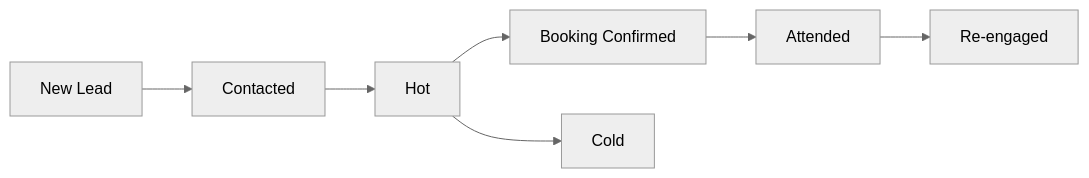
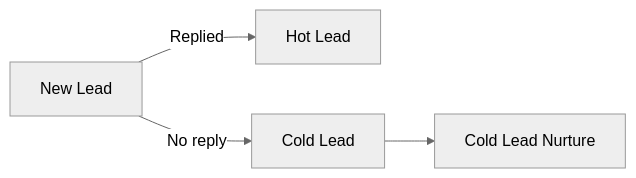
Before and after one commit to khaledabdelaziz1330-dot/Khaled-AI-Automation-Portfolio: the second of 4 diagrams in holistic-wellness-club/architecture.md, drawn with Mermaid (neutral theme). The commit also changed other lines of this file and 50 other files, not shown here.

````diff
--- a/holistic-wellness-club/architecture.md
+++ b/holistic-wellness-club/architecture.md
@@ -86,9 +89,6 @@
 ```mermaid
 flowchart LR
-    A[New Lead] --> B[Contacted]
-    B --> C[Hot]
-    C --> D[Booking Confirmed]
-    D --> E[Attended]
-    E --> F[Re-engaged]
-    C --> G[Cold]
+    A[New Lead] -->|Replied| B[Hot Lead]
+    A -->|No reply| C[Cold Lead]
+    C --> D[Cold Lead Nurture]
 ```
````
